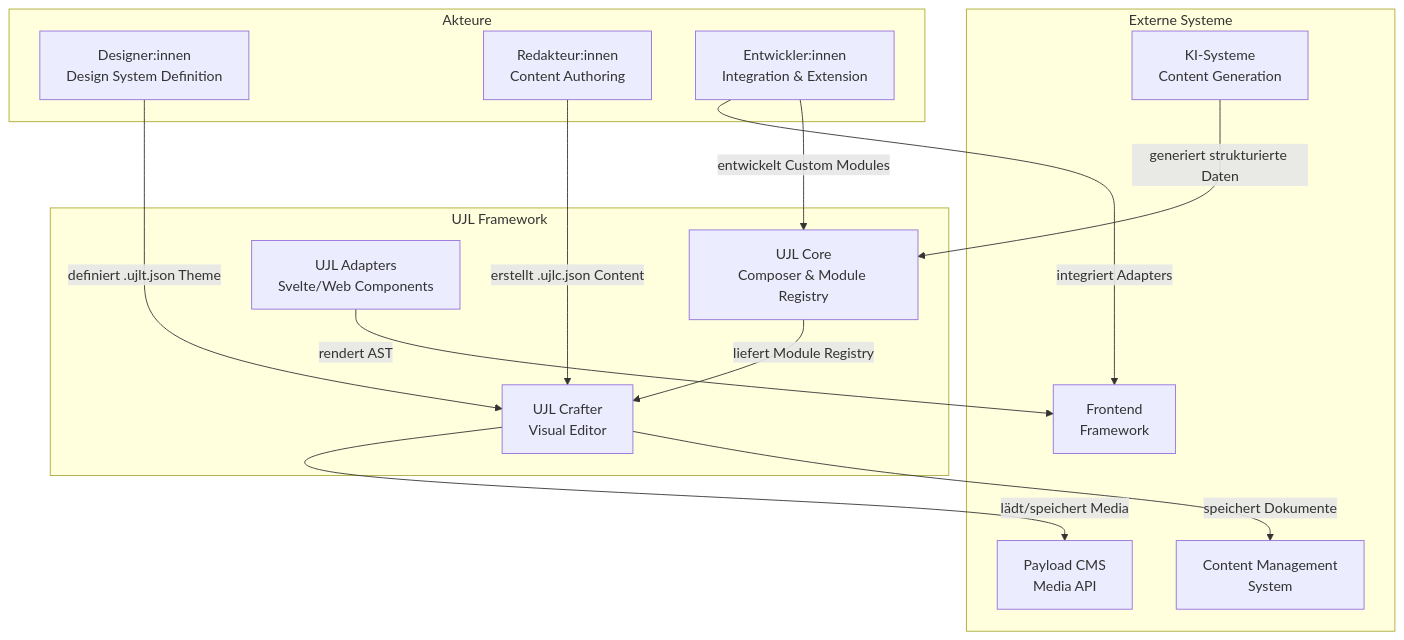
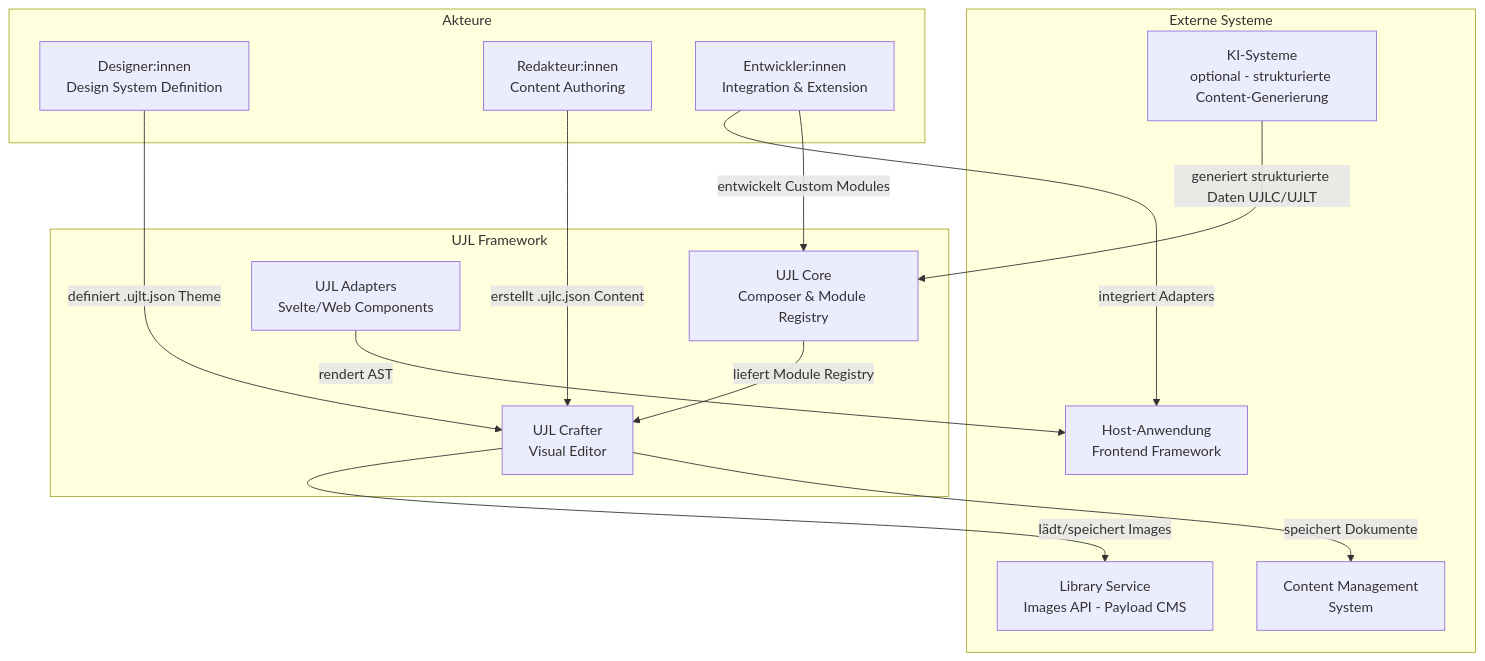
One commit to mainzcript/ujl changed the first of 2 diagrams in apps/docs/src/arc42/03-context-and-scope.md. Above: the diagram before and after it, drawn with Mermaid. The commit also changed other lines of this file and 2 other files, not shown here.

Commit message:
refactor: streamline documentation for UJL framework, clarifying roles, interactions, and system boundaries

````diff
--- a/apps/docs/src/arc42/03-context-and-scope.md
+++ b/apps/docs/src/arc42/03-context-and-scope.md
@@ -16,32 +14,32 @@
 ```mermaid
 graph TB
-    subgraph "UJL Framework"
-        Core[UJL Core<br/>Composer & Module Registry]
-        Crafter[UJL Crafter<br/>Visual Editor]
-        Adapters[UJL Adapters<br/>Svelte/Web Components]
+    subgraph UJL["UJL Framework"]
+        Core["UJL Core<br/>Composer & Module Registry"]
+        Crafter["UJL Crafter<br/>Visual Editor"]
+        Adapters["UJL Adapters<br/>Svelte/Web Components"]
     end
 
-    subgraph "Akteure"
-        Designer[Designer:innen<br/>Design System Definition]
-        Editor[Redakteur:innen<br/>Content Authoring]
-        Developer[Entwickler:innen<br/>Integration & Extension]
+    subgraph Akteure["Akteure"]
+        Designer["Designer:innen<br/>Design System Definition"]
+        Editor["Redakteur:innen<br/>Content Authoring"]
+        Developer["Entwickler:innen<br/>Integration & Extension"]
     end
 
-    subgraph "Externe Systeme"
-        CMS[Content Management<br/>System]
-        MediaAPI[Payload CMS<br/>Media API]
-        Frontend[Frontend<br/>Framework]
-        AI[KI-Systeme<br/>Content Generation]
+    subgraph Externe["Externe Systeme"]
+        CMS["Content Management<br/>System"]
+        LibraryAPI["Library Service<br/>Images API - Payload CMS"]
+        Frontend["Host-Anwendung<br/>Frontend Framework"]
+        AI["KI-Systeme<br/>optional - strukturierte Content-Generierung"]
     end
 
-    Designer -->|definiert .ujlt.json Theme| Crafter
-    Editor -->|erstellt .ujlc.json Content| Crafter
-    Developer -->|entwickelt Custom Modules| Core
-    Developer -->|integriert Adapters| Frontend
+    Designer -->|"definiert .ujlt.json Theme"| Crafter
+    Editor -->|"erstellt .ujlc.json Content"| Crafter
+    Developer -->|"entwickelt Custom Modules"| Core
+    Developer -->|"integriert Adapters"| Frontend
 
-    Crafter -->|speichert Dokumente| CMS
-    Crafter -->|lädt/speichert Media| MediaAPI
-    Core -->|liefert Module Registry| Crafter
-    Adapters -->|rendert AST| Frontend
-    AI -->|generiert strukturierte Daten| Core
+    Crafter -->|"speichert Dokumente"| CMS
+    Crafter -->|"lädt/speichert Images"| LibraryAPI
+    Core -->|"liefert Module Registry"| Crafter
+    Adapters -->|"rendert AST"| Frontend
+    AI -->|"generiert strukturierte Daten UJLC/UJLT"| Core
 ```
````
